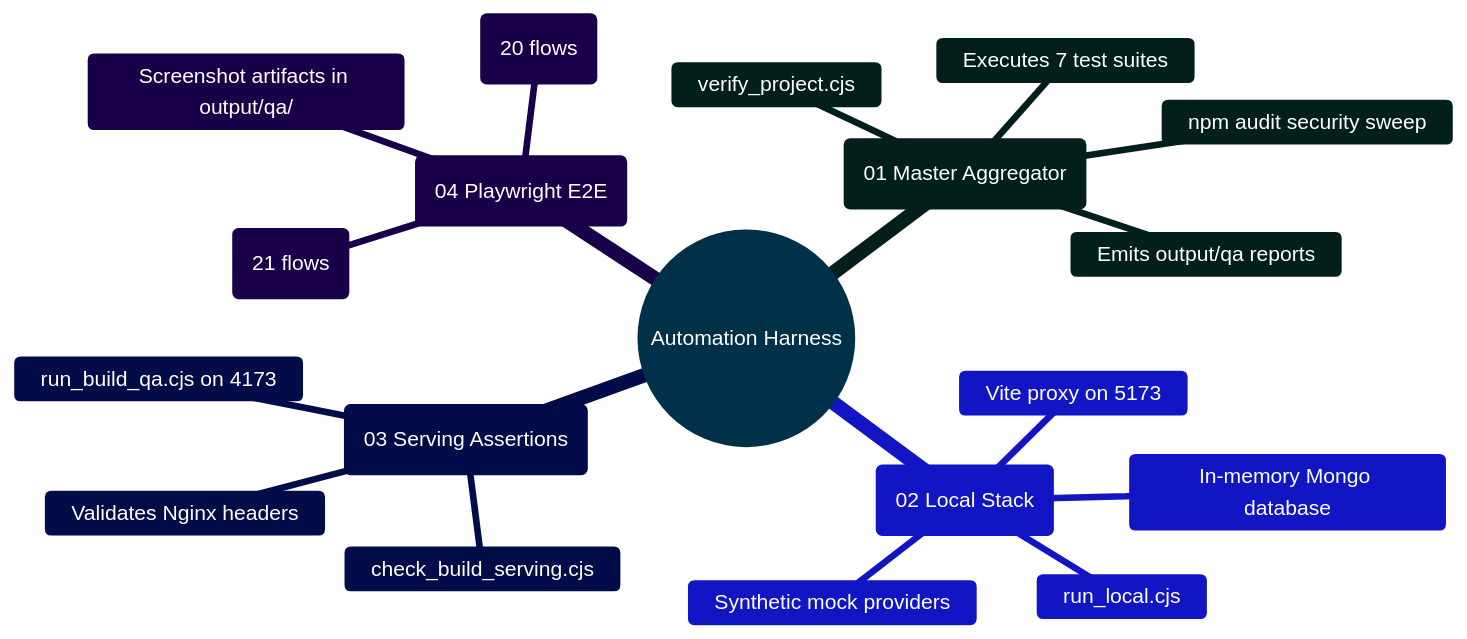
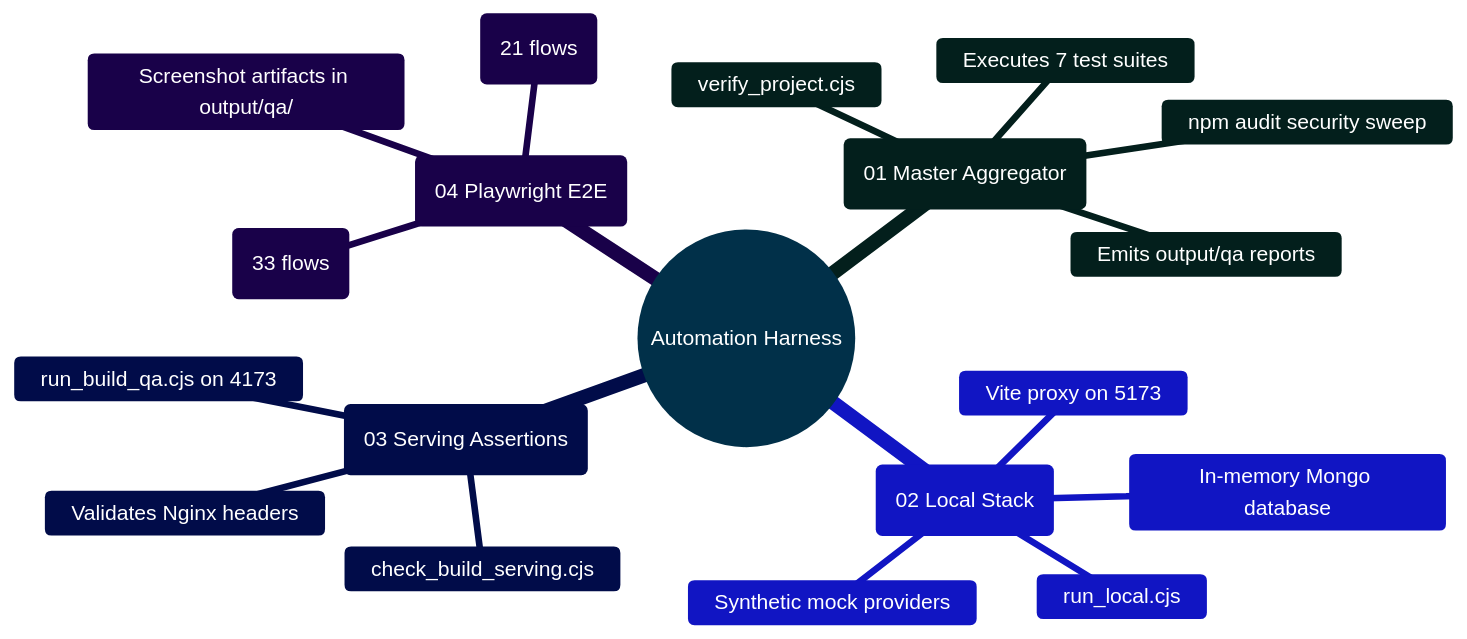
One commit to Ganesh172919/React-App-LLM changed the diagram in scripts/README.md. Above: the diagram before and after it, drawn with Mermaid. The commit also changed other lines of this file and 19 other files, not shown here.

````diff
--- a/scripts/README.md
+++ b/scripts/README.md
@@ -54,28 +54,28 @@
 ```mermaid
 %%{init: {'theme': 'base', 'themeVariables': { 'primaryColor': '#0284c7', 'primaryTextColor': '#ffffff', 'primaryBorderColor': '#0369a1', 'lineColor': '#0284c7', 'secondaryColor': '#0d9488', 'tertiaryColor': '#6366f1' }}}%%
 mindmap
   root((Automation Harness))
     ::icon(fa fa-gears)
     (01 Master Aggregator)
       ::icon(fa fa-play)
       verify_project.cjs
       Executes 7 test suites
       npm audit security sweep
       Emits output/qa reports
     (02 Local Stack)
       ::icon(fa fa-laptop-code)
       run_local.cjs
       In-memory Mongo database
       Synthetic mock providers
       Vite proxy on 5173
     (03 Serving Assertions)
       ::icon(fa fa-shield-halved)
       check_build_serving.cjs
       Validates Nginx headers
       run_build_qa.cjs on 4173
     (04 Playwright E2E)
       ::icon(fa fa-browser)
-      browser_smoke.cjs (20 flows)
-      browser_verify_dark_and_tools (21 flows)
+      browser_smoke.cjs (21 flows)
+      browser_verify_dark_and_tools (33 flows)
       Screenshot artifacts in output/qa/
 ```
````
